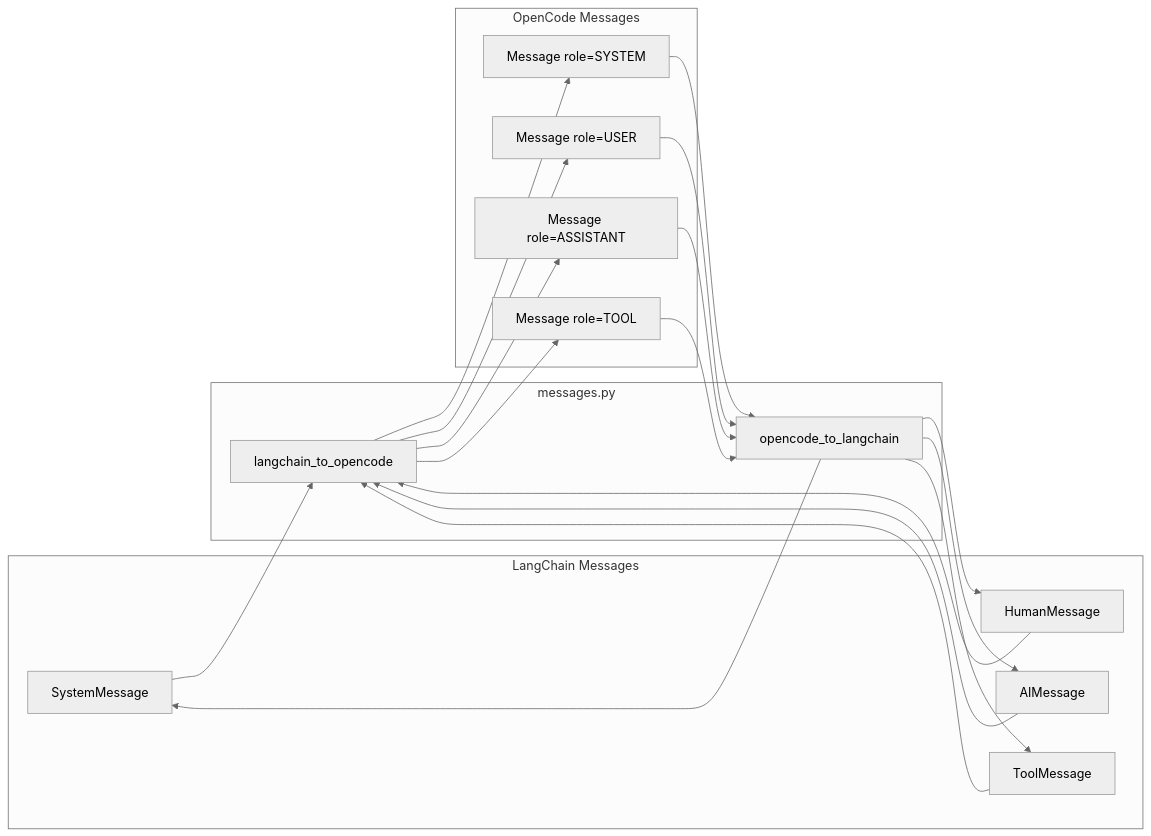
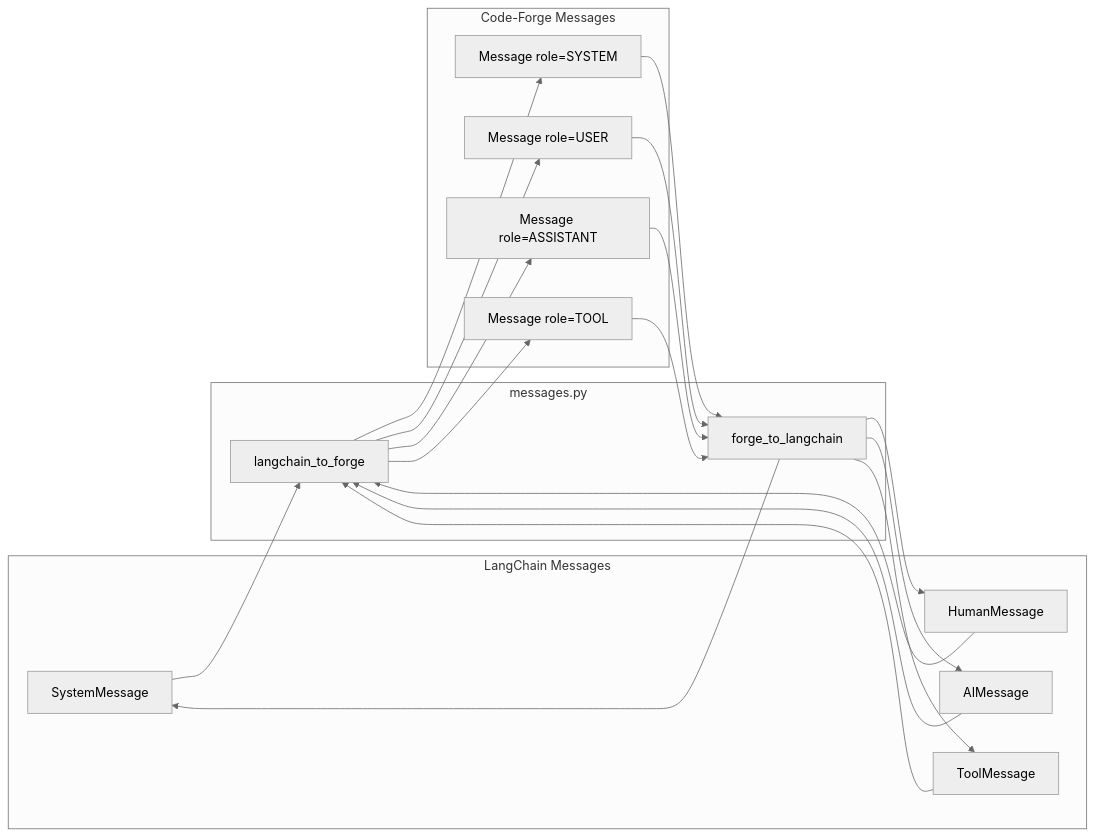
Before and after one commit to corey-rosamond/Code-Forge: diagram 13 of 14 in .ai/phase/3.2/UML.md, drawn with Mermaid (neutral theme). The commit also changed other lines of this file and 505 other files, not shown here.

First line of the commit message:
Rename project from OpenCode to Code-Forge

````diff
--- a/.ai/phase/3.2/UML.md
+++ b/.ai/phase/3.2/UML.md
@@ -568,31 +568,31 @@
 ```mermaid
 flowchart LR
     subgraph LangChain["LangChain Messages"]
         SYS_LC[SystemMessage]
         HUM_LC[HumanMessage]
         AI_LC[AIMessage]
         TOOL_LC[ToolMessage]
     end
 
     subgraph Convert["messages.py"]
-        L2O[langchain_to_opencode]
-        O2L[opencode_to_langchain]
+        L2O[langchain_to_forge]
+        O2L[forge_to_langchain]
     end
 
-    subgraph OpenCode["OpenCode Messages"]
+    subgraph Code-Forge["Code-Forge Messages"]
         SYS_OC[Message role=SYSTEM]
         USR_OC[Message role=USER]
         ASST_OC[Message role=ASSISTANT]
         TOOL_OC[Message role=TOOL]
     end
 
     SYS_LC --> L2O --> SYS_OC
     HUM_LC --> L2O --> USR_OC
     AI_LC --> L2O --> ASST_OC
     TOOL_LC --> L2O --> TOOL_OC
 
     SYS_OC --> O2L --> SYS_LC
     USR_OC --> O2L --> HUM_LC
     ASST_OC --> O2L --> AI_LC
     TOOL_OC --> O2L --> TOOL_LC
 ```
````
